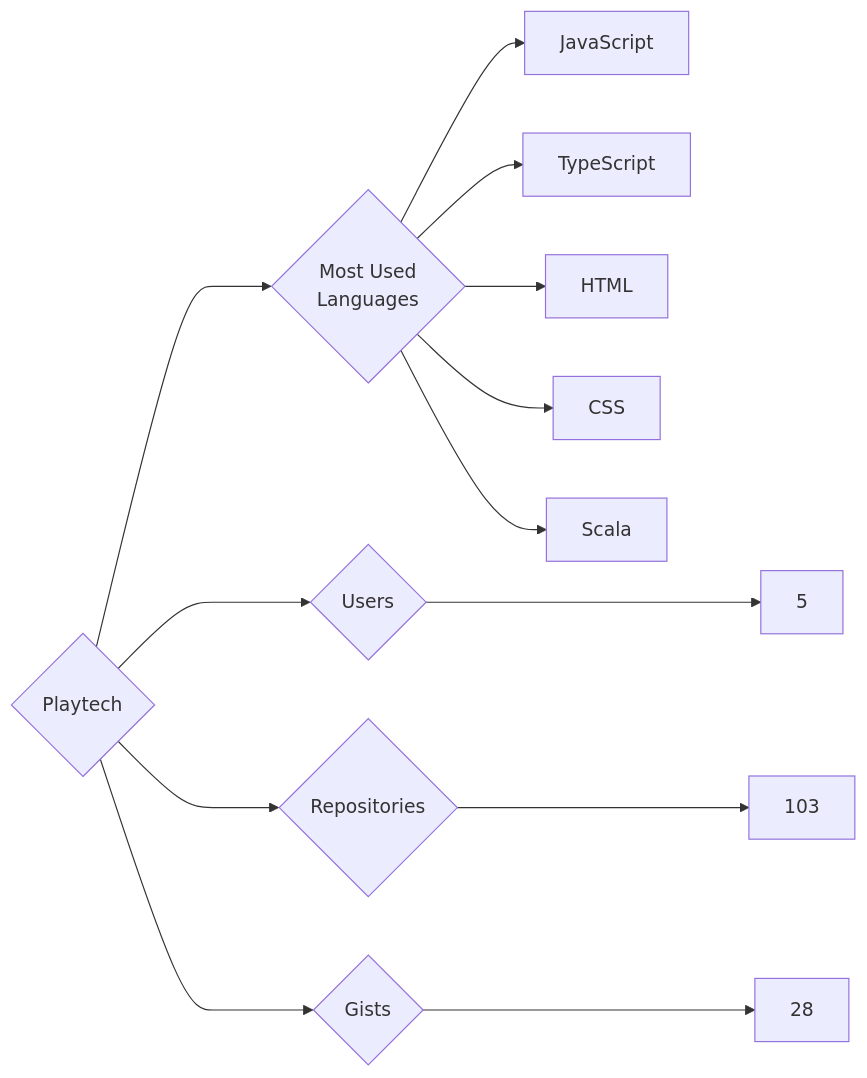
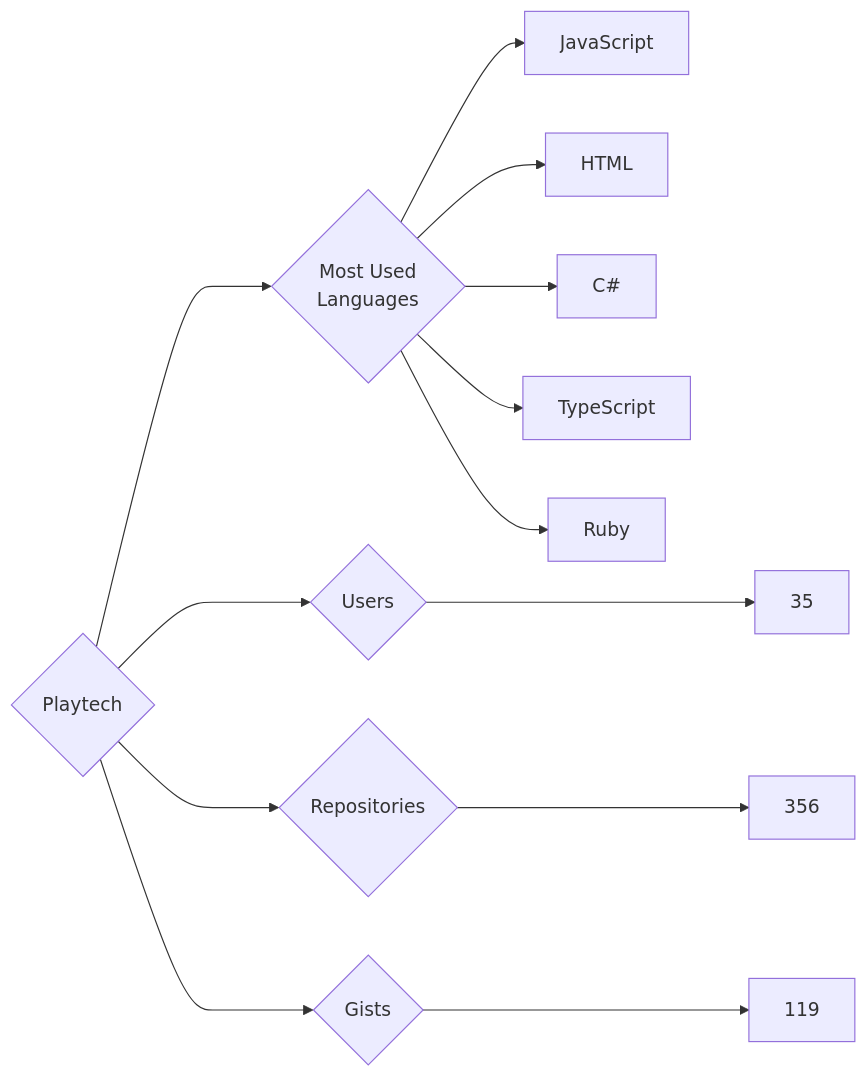
Before and after one commit to trickest/insiders: the diagram in targets/Playtech/README.md, drawn with Mermaid. The commit also changed 903 other files, not shown here.

````diff
--- a/targets/Playtech/README.md
+++ b/targets/Playtech/README.md
@@ -3,13 +3,13 @@
 ```mermaid
 graph LR
 COMPANY_NAME{Playtech}
-COMPANY_NAME ---> U{Users} ---> UN[5]
-COMPANY_NAME ---> R{Repositories} ---> RN[103]
-COMPANY_NAME ---> G{Gists} ---> GN[28]
+COMPANY_NAME ---> U{Users} ---> UN[35]
+COMPANY_NAME ---> R{Repositories} ---> RN[356]
+COMPANY_NAME ---> G{Gists} ---> GN[119]
 COMPANY_NAME ---> ML{Most Used<br>Languages}
 ML --> JavaScript[JavaScript]
+ML --> HTML[HTML]
+ML --> C#[C#]
 ML --> TypeScript[TypeScript]
-ML --> HTML[HTML]
-ML --> CSS[CSS]
-ML --> Scala[Scala]
+ML --> Ruby[Ruby]
 ```
````
